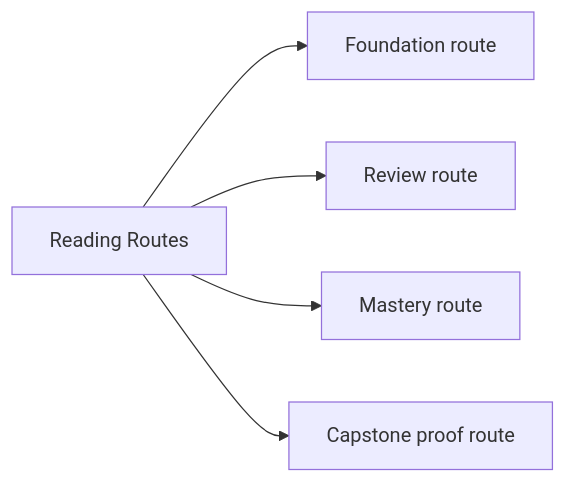
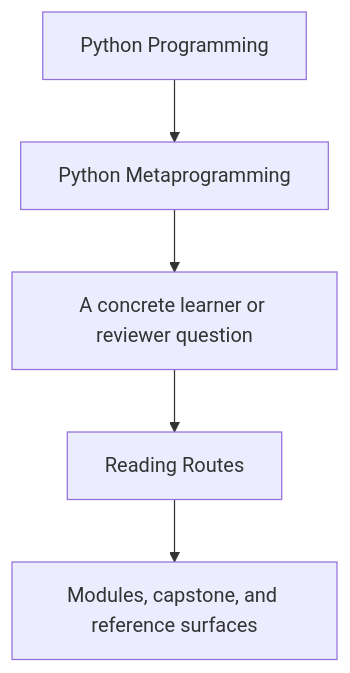
The first of 2 diagrams in programs/python-programming/python-meta-programming/course-book/guides/reading-routes.md (bijux/bijux-masterclass), drawn with Mermaid before and after one commit. The commit also changed other lines of this file and 15 other files, not shown here.

Commit message:
docs(python-meta-programming): sharpen guide and reference diagrams

````diff
--- a/programs/python-programming/python-meta-programming/course-book/guides/reading-routes.md
+++ b/programs/python-programming/python-meta-programming/course-book/guides/reading-routes.md
@@ -6,13 +6,7 @@
 ```mermaid
-graph LR
-  routes["Reading Routes"]
-  foundation["Foundation route"]
-  review["Review route"]
-  mastery["Mastery route"]
-  capstone["Capstone proof route"]
-
-  routes --> foundation
-  routes --> review
-  routes --> mastery
-  routes --> capstone
+flowchart TD
+  family["Python Programming"] --> program["Python Metaprogramming"]
+  program --> pressure["A concrete learner or reviewer question"]
+  pressure --> guide["Reading Routes"]
+  guide --> next["Modules, capstone, and reference surfaces"]
 ```
````
